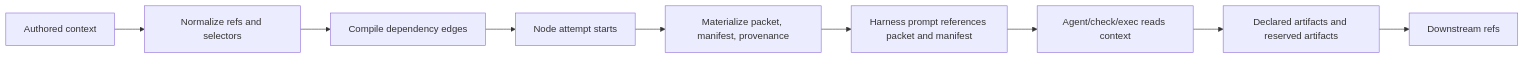
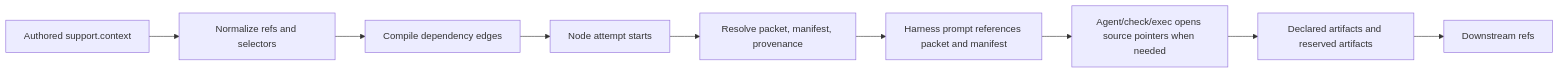
One commit to koji98/agentflow changed the first of 3 diagrams in docs/technical/context-and-artifacts.md. Above: the diagram before and after it, drawn with Mermaid. The commit also changed other lines of this file and 228 other files, not shown here.

````diff
--- a/docs/technical/context-and-artifacts.md
+++ b/docs/technical/context-and-artifacts.md
@@ -7,11 +7,11 @@
 ```mermaid
 flowchart LR
-  authored["Authored context"] --> normalize["Normalize refs and selectors"]
+  authored["Authored support.context"] --> normalize["Normalize refs and selectors"]
   normalize --> compile["Compile dependency edges"]
   compile --> attempt["Node attempt starts"]
-  attempt --> materialize["Materialize packet, manifest, provenance"]
-  materialize --> prompt["Harness prompt references packet and manifest"]
-  prompt --> worker["Agent/check/exec reads context"]
+  attempt --> resolve["Resolve packet, manifest, provenance"]
+  resolve --> prompt["Harness prompt references packet and manifest"]
+  prompt --> worker["Agent/check/exec opens source pointers when needed"]
   worker --> artifacts["Declared artifacts and reserved artifacts"]
   artifacts --> downstream["Downstream refs"]
 ```
````
